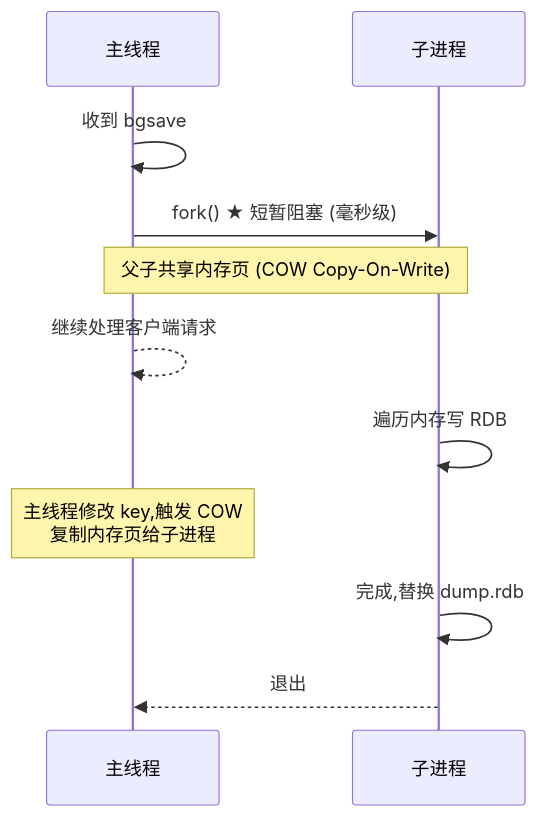
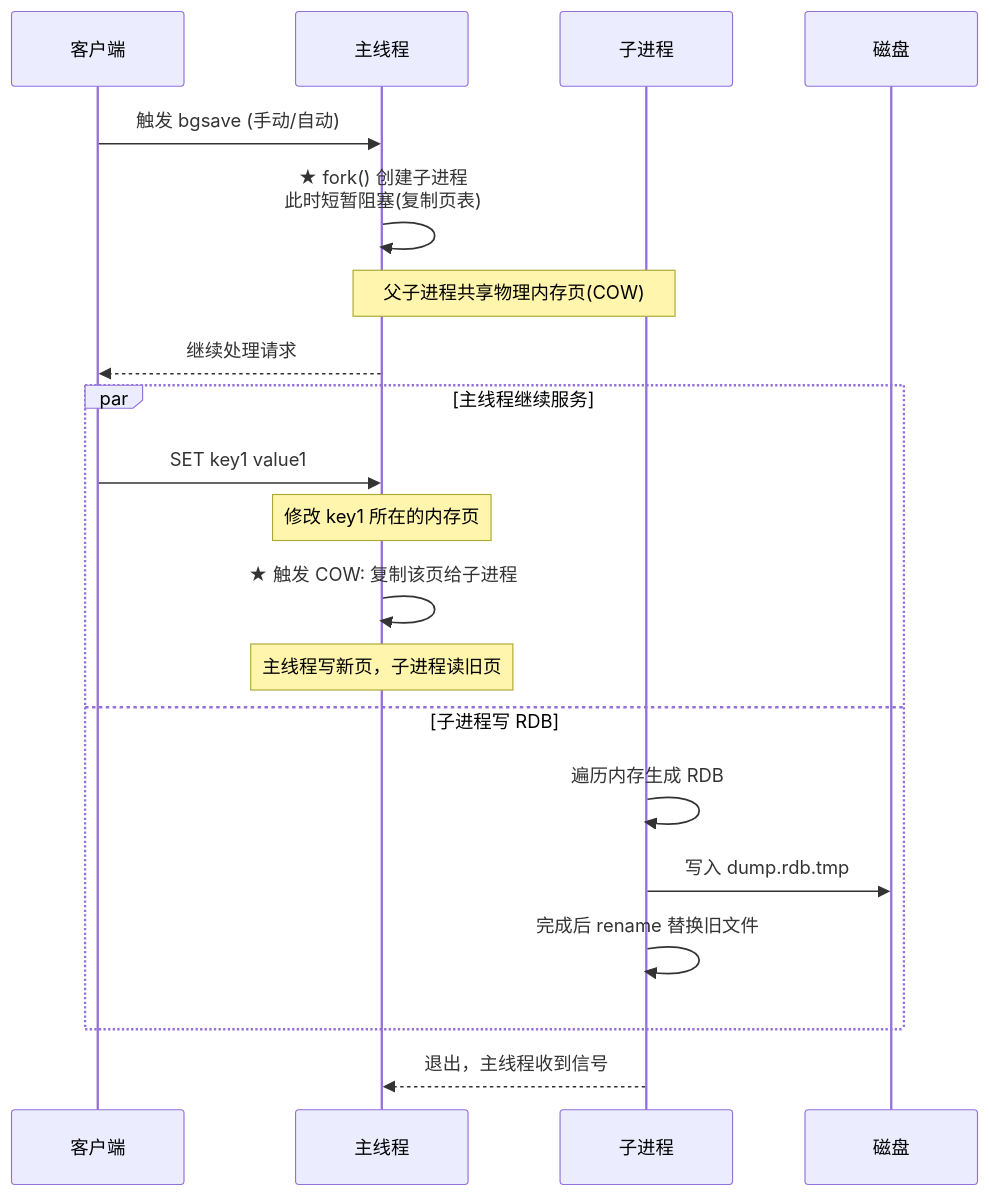
One commit to qigao0787-ops/gq-test changed the eighth of 47 diagrams in document/strengthen/分布式技术面试总结_增强版.md. Above: the diagram before and after it, drawn with Mermaid. The commit also changed other lines of this file, not shown here.

````diff
--- a/document/strengthen/分布式技术面试总结_增强版.md
+++ b/document/strengthen/分布式技术面试总结_增强版.md
@@ -236,14 +530,24 @@
 ```mermaid
 sequenceDiagram
+    participant C as 客户端
     participant M as 主线程
-    participant C as 子进程
+    participant CH as 子进程
+    participant D as 磁盘
 
-    M->>M: 收到 bgsave
-    M->>C: fork()  ★ 短暂阻塞 (毫秒级)
-    Note over M,C: 父子共享内存页 (COW Copy-On-Write)
-    M-->>M: 继续处理客户端请求
-    C->>C: 遍历内存写 RDB
-    Note over M: 主线程修改 key,触发 COW<br/>复制内存页给子进程
-    C->>C: 完成,替换 dump.rdb
-    C-->>M: 退出
+    C->>M: 触发 bgsave (手动/自动)
+    M->>M: ★ fork() 创建子进程<br/>此时短暂阻塞(复制页表)
+    Note over M,CH: 父子进程共享物理内存页(COW)
+    M-->>C: 继续处理请求
+    
+    par 主线程继续服务
+        C->>M: SET key1 value1
+        Note over M: 修改 key1 所在的内存页
+        M->>M: ★ 触发 COW: 复制该页给子进程
+        Note over M: 主线程写新页，子进程读旧页
+    and 子进程写 RDB
+        CH->>CH: 遍历内存生成 RDB
+        CH->>D: 写入 dump.rdb.tmp
+        CH->>CH: 完成后 rename 替换旧文件
+    end
+    CH-->>M: 退出，主线程收到信号
 ```
````
